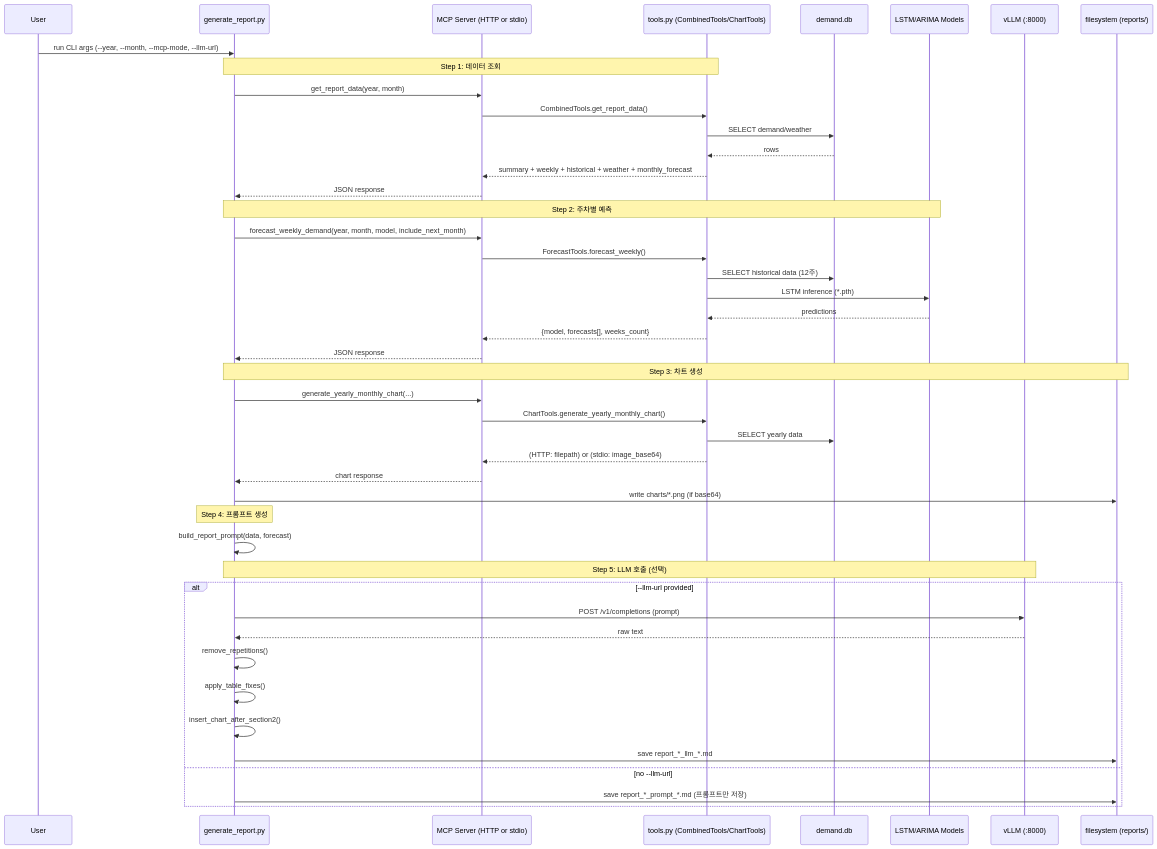
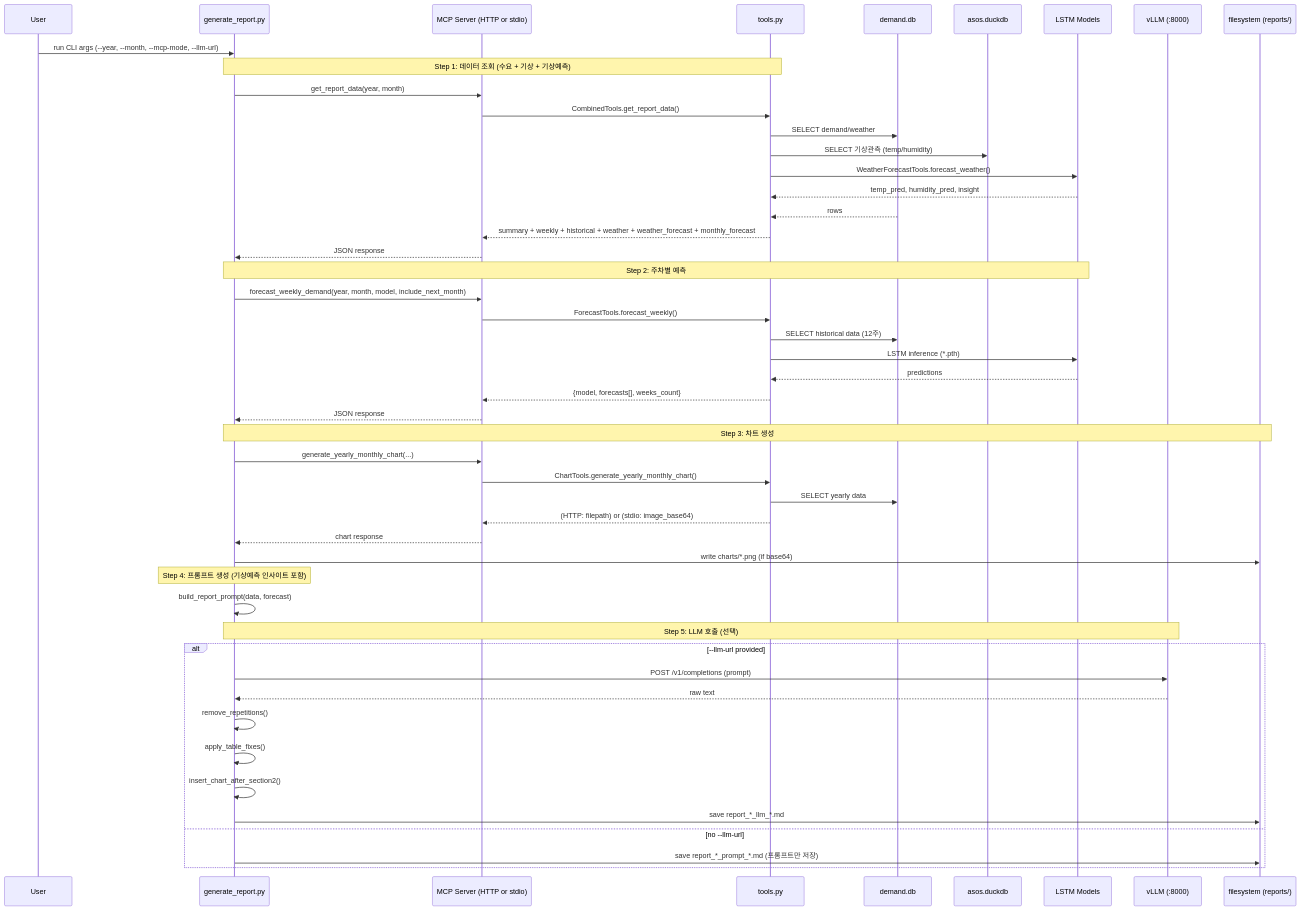
The second of 2 diagrams in report_agent/README.md (zongseung/De-Qwen-SFT), drawn with Mermaid before and after one commit. The commit also changed other lines of this file, not shown here.

````diff
--- a/report_agent/README.md
+++ b/report_agent/README.md
@@ -63,53 +76,57 @@
 ```mermaid
 sequenceDiagram
   participant U as User
   participant CLI as generate_report.py
   participant MCP as MCP Server (HTTP or stdio)
-  participant Tools as tools.py (CombinedTools/ChartTools)
+  participant Tools as tools.py
   participant DB as demand.db
-  participant Models as LSTM/ARIMA Models
+  participant ASOS as asos.duckdb
+  participant Models as LSTM Models
   participant LLM as vLLM (:8000)
   participant FS as filesystem (reports/)
 
   U->>CLI: run CLI args (--year, --month, --mcp-mode, --llm-url)
 
-  Note over CLI,Tools: Step 1: 데이터 조회
+  Note over CLI,Tools: Step 1: 데이터 조회 (수요 + 기상 + 기상예측)
   CLI->>MCP: get_report_data(year, month)
   MCP->>Tools: CombinedTools.get_report_data()
   Tools->>DB: SELECT demand/weather
+  Tools->>ASOS: SELECT 기상관측 (temp/humidity)
+  Tools->>Models: WeatherForecastTools.forecast_weather()
+  Models-->>Tools: temp_pred, humidity_pred, insight
   DB-->>Tools: rows
-  Tools-->>MCP: summary + weekly + historical + weather + monthly_forecast
+  Tools-->>MCP: summary + weekly + historical + weather + weather_forecast + monthly_forecast
   MCP-->>CLI: JSON response
 
   Note over CLI,Models: Step 2: 주차별 예측
   CLI->>MCP: forecast_weekly_demand(year, month, model, include_next_month)
   MCP->>Tools: ForecastTools.forecast_weekly()
   Tools->>DB: SELECT historical data (12주)
   Tools->>Models: LSTM inference (*.pth)
   Models-->>Tools: predictions
   Tools-->>MCP: {model, forecasts[], weeks_count}
   MCP-->>CLI: JSON response
 
   Note over CLI,FS: Step 3: 차트 생성
   CLI->>MCP: generate_yearly_monthly_chart(...)
   MCP->>Tools: ChartTools.generate_yearly_monthly_chart()
   Tools->>DB: SELECT yearly data
   Tools-->>MCP: (HTTP: filepath) or (stdio: image_base64)
   MCP-->>CLI: chart response
   CLI->>FS: write charts/*.png (if base64)
 
-  Note over CLI: Step 4: 프롬프트 생성
+  Note over CLI: Step 4: 프롬프트 생성 (기상예측 인사이트 포함)
   CLI->>CLI: build_report_prompt(data, forecast)
 
   Note over CLI,LLM: Step 5: LLM 호출 (선택)
   alt --llm-url provided
     CLI->>LLM: POST /v1/completions (prompt)
     LLM-->>CLI: raw text
     CLI->>CLI: remove_repetitions()
     CLI->>CLI: apply_table_fixes()
     CLI->>CLI: insert_chart_after_section2()
     CLI->>FS: save report_*_llm_*.md
   else no --llm-url
     CLI->>FS: save report_*_prompt_*.md (프롬프트만 저장)
   end
 ```
````
